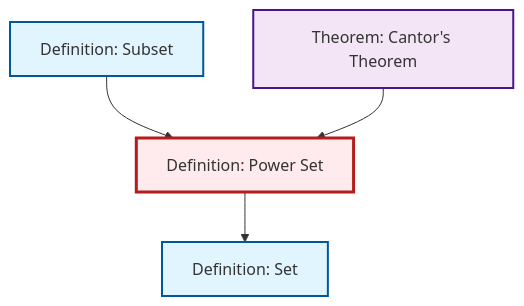
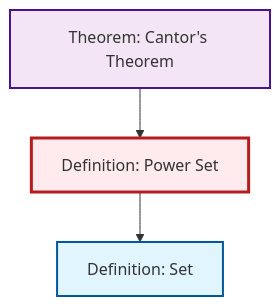
The second of 2 diagrams in content/en/logic-set-theory/def-power-set.qmd (RK0429/ModernMath), drawn with Mermaid before and after one commit. The commit also changed 511 other files, not shown here.

````diff
--- a/content/en/logic-set-theory/def-power-set.qmd
+++ b/content/en/logic-set-theory/def-power-set.qmd
@@ -67,21 +67,15 @@
 ```{mermaid}
 %%| fig-cap: "Local dependency graph"
 graph TD
     classDef definition fill:#e1f5fe,stroke:#01579b,stroke-width:2px
     classDef theorem fill:#f3e5f5,stroke:#4a148c,stroke-width:2px
     classDef axiom fill:#fff3e0,stroke:#e65100,stroke-width:2px
     classDef example fill:#e8f5e9,stroke:#1b5e20,stroke-width:2px
     classDef current fill:#ffebee,stroke:#b71c1c,stroke-width:3px
+    def-power-set["Definition: Power Set"]:::definition
     thm-cantor["Theorem: Cantor's Theorem"]:::theorem
-    def-power-set["Definition: Power Set"]:::definition
     def-set["Definition: Set"]:::definition
-    def-subset["Definition: Subset"]:::definition
-    def-subset --> def-power-set
     thm-cantor --> def-power-set
     def-power-set --> def-set
     class def-power-set current
-
-    click thm-cantor "thm-cantor.html" "Go to Cantor's Theorem theorem"
-    click def-set "def-set.html" "Go to Set definition"
-    click def-subset "def-subset.html" "Go to Subset definition"
 ```
````
